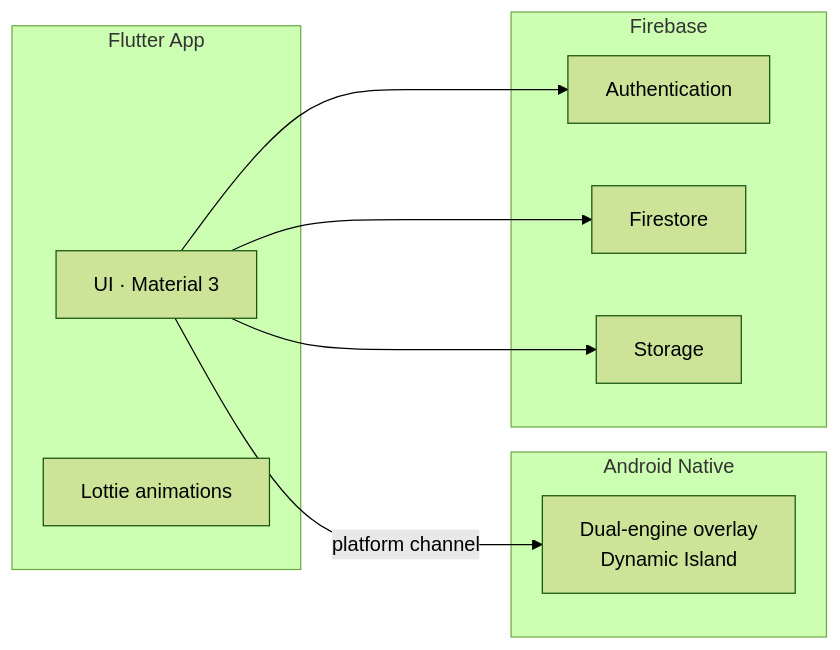
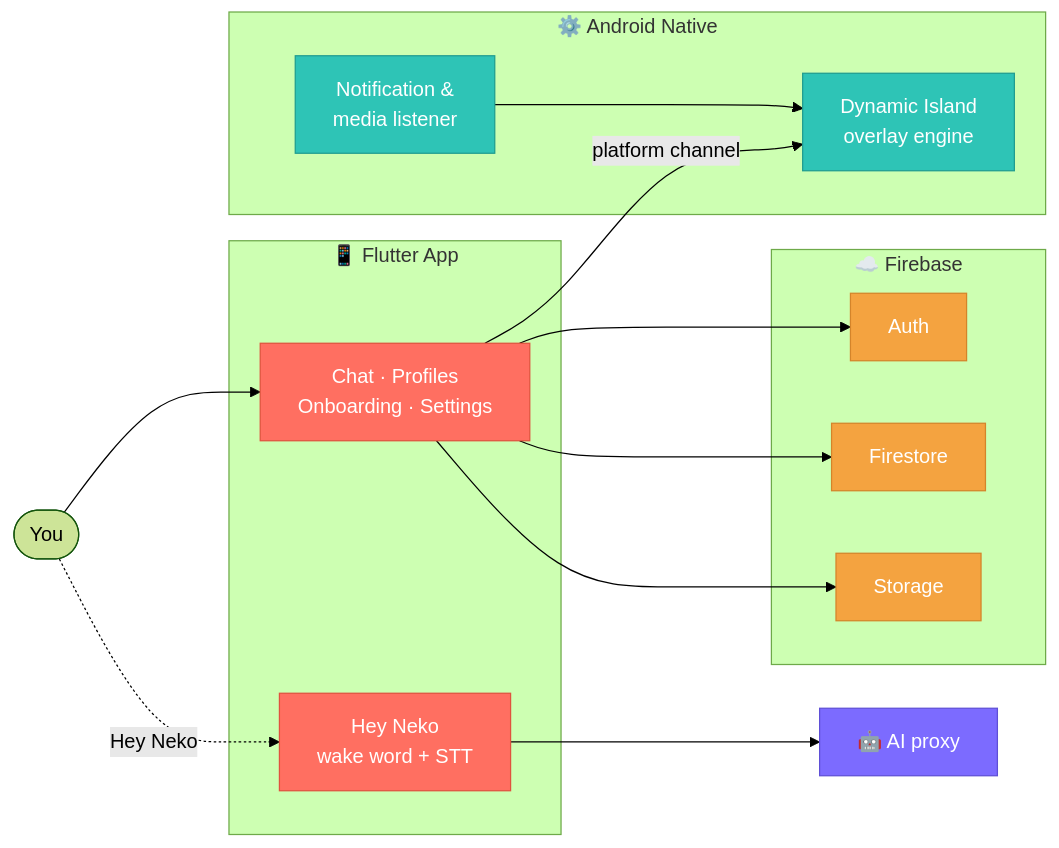
The second of 3 diagrams in README.md (dhruvin-sarkar/Neko), drawn with Mermaid (forest theme) before and after one commit. The commit also changed other lines of this file, not shown here.

Commit message:
make README visuals richer: styled architecture graph, voice sequence, island state diagram

````diff
--- a/README.md
+++ b/README.md
@@ -112,19 +130,40 @@
 ```mermaid
 flowchart LR
-    subgraph app["Flutter App"]
-        UI["UI · Material 3"]
-        Anim["Lottie animations"]
+    You([" You "])
+
+    subgraph app["📱 Flutter App"]
+        UI["Chat · Profiles<br/>Onboarding · Settings"]
+        Voice["Hey Neko<br/>wake word + STT"]
     end
-    subgraph native["Android Native"]
-        Overlay["Dual-engine overlay<br/>Dynamic Island"]
+
+    subgraph native["⚙️ Android Native"]
+        Overlay["Dynamic Island<br/>overlay engine"]
+        Listener["Notification &<br/>media listener"]
     end
-    subgraph fb["Firebase"]
-        Auth["Authentication"]
+
+    subgraph cloud["☁️ Firebase"]
+        Auth["Auth"]
         Store["Firestore"]
         Files["Storage"]
     end
+
+    AI["🤖 AI proxy"]
+
+    You --> UI
+    You -. "Hey Neko" .-> Voice
+    Voice --> AI
     UI -->|platform channel| Overlay
+    Listener --> Overlay
     UI --> Auth
     UI --> Store
     UI --> Files
+
+    classDef appcls fill:#ff6f61,stroke:#e0523f,color:#ffffff
+    classDef natcls fill:#2ec4b6,stroke:#1f9c90,color:#ffffff
+    classDef cloudcls fill:#f4a340,stroke:#d4842a,color:#ffffff
+    classDef aicls fill:#7c6bff,stroke:#5f4fd6,color:#ffffff
+    class UI,Voice appcls
+    class Overlay,Listener natcls
+    class Auth,Store,Files cloudcls
+    class AI aicls
 ```
````
